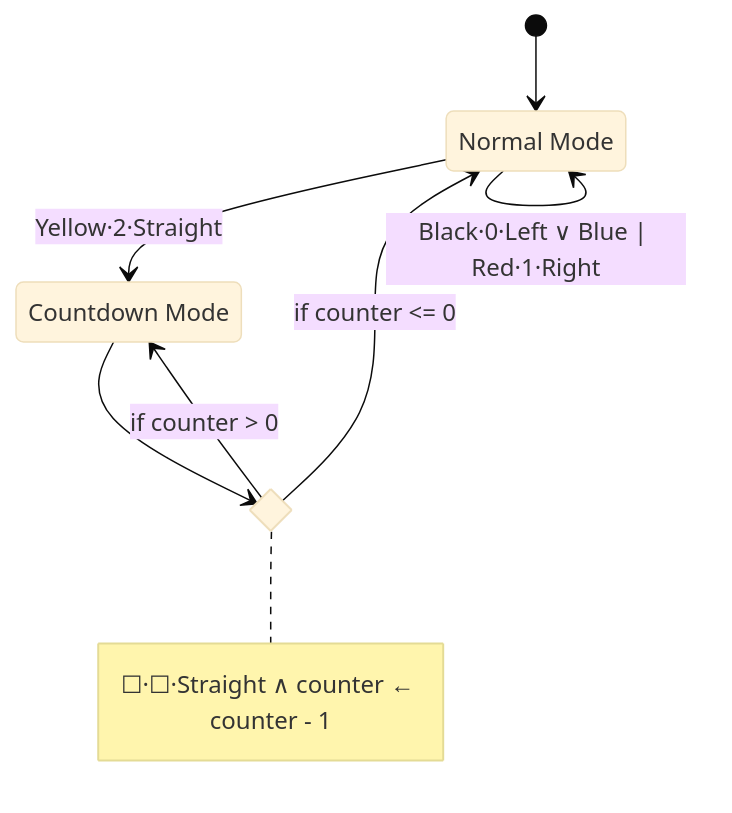
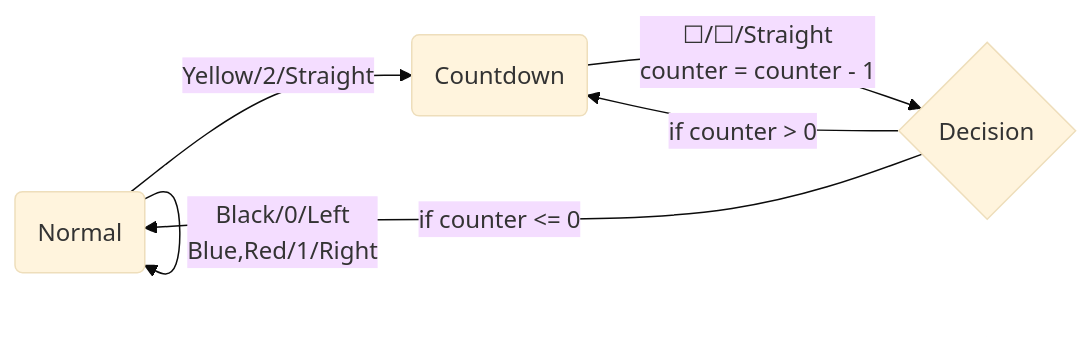
The diagram in content/posts/larks-ant-project.md (ben-my-to/portme), drawn with Mermaid (base theme) before and after one commit. The commit also changed other lines of this file and 31 other files, not shown here.

````diff
--- a/content/posts/larks-ant-project.md
+++ b/content/posts/larks-ant-project.md
@@ -215,13 +215,8 @@
 ```mermaid
-stateDiagram-v2
-    a : Normal Mode
-    c : Countdown Mode
-    state if_state <<choice>>
-    [*] --> a
-    a --> a : Black·0·Left ∨ Blue | Red·1·Right
-    a --> c : Yellow·2·Straight
-    c --> if_state
-    if_state --> c: if counter > 0
-    if_state --> a: if counter <= 0
-    note right of if_state : ☐·☐·Straight ∧ counter ← counter - 1
+flowchart LR
+    A(Normal) -->|Yellow/2/Straight| B(Countdown)
+    A --> |Black/0/Left<br>Blue,Red/1/Right| A
+    B --> |☐/☐/Straight<br>counter = counter - 1| C{Decision}
+    C -->|if counter > 0| B
+    C -->|if counter <= 0| A
 ```
````
